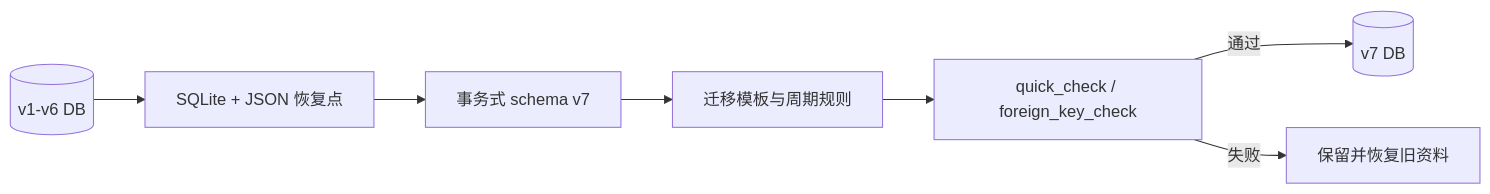
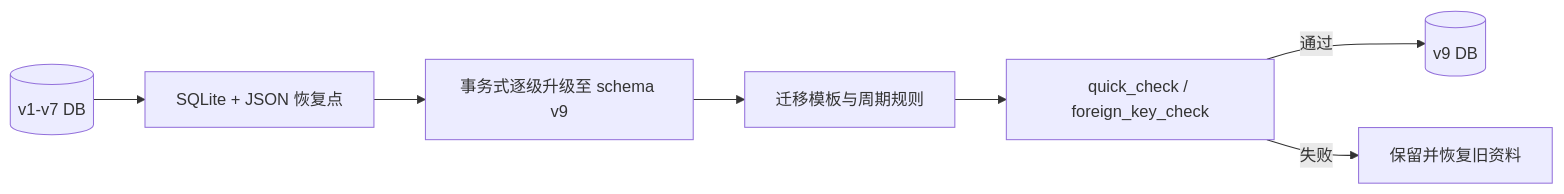
One commit to lawpowen/finance-compass-app changed the diagram in docs/DATA_DESIGN.md. Above: the diagram before and after it, drawn with Mermaid. The commit also changed other lines of this file and 64 other files, not shown here.

````diff
--- a/docs/DATA_DESIGN.md
+++ b/docs/DATA_DESIGN.md
@@ -15,9 +15,9 @@
 ```mermaid
 flowchart LR
-  V6[(v1-v6 DB)] --> B[SQLite + JSON 恢复点]
-  B --> M[事务式 schema v7]
+  V6[(v1-v7 DB)] --> B[SQLite + JSON 恢复点]
+  B --> M[事务式逐级升级至 schema v9]
   M --> P[迁移模板与周期规则]
   P --> Q[quick_check / foreign_key_check]
-  Q -->|通过| V7[(v7 DB)]
+  Q -->|通过| V9[(v9 DB)]
   Q -->|失败| R[保留并恢复旧资料]
 ```
````
